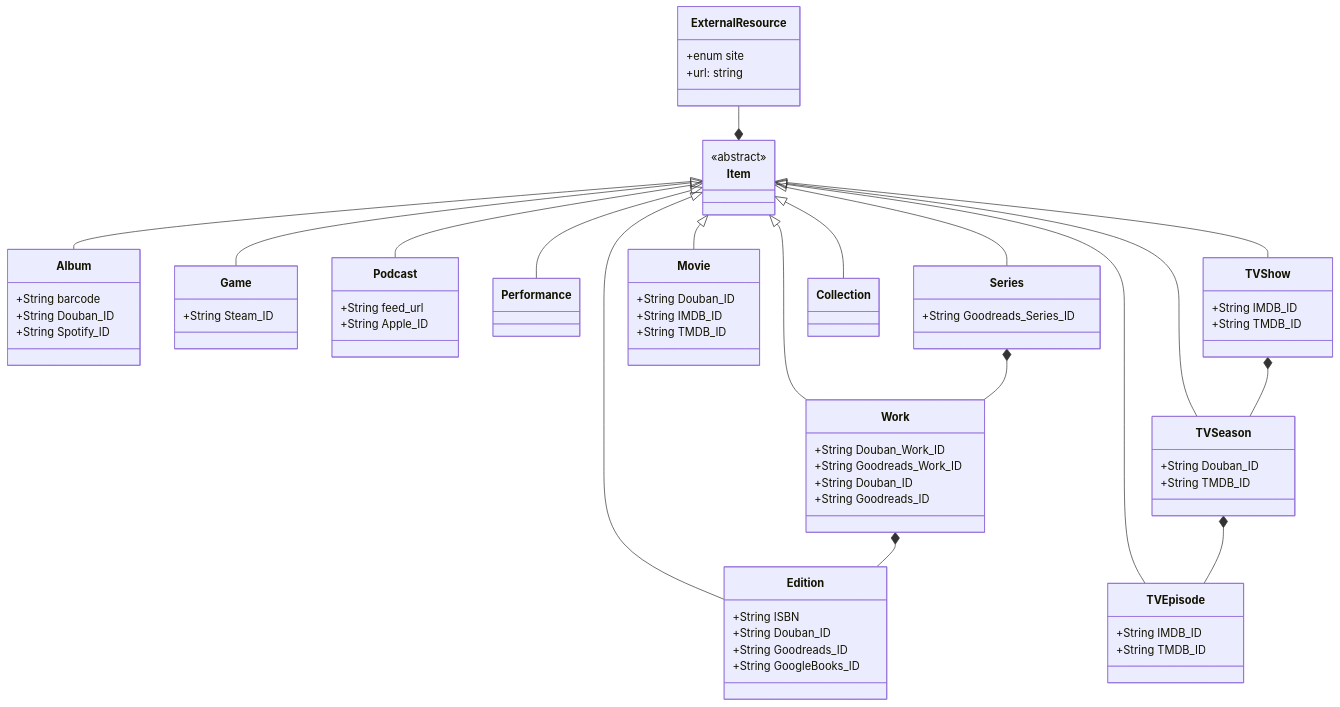
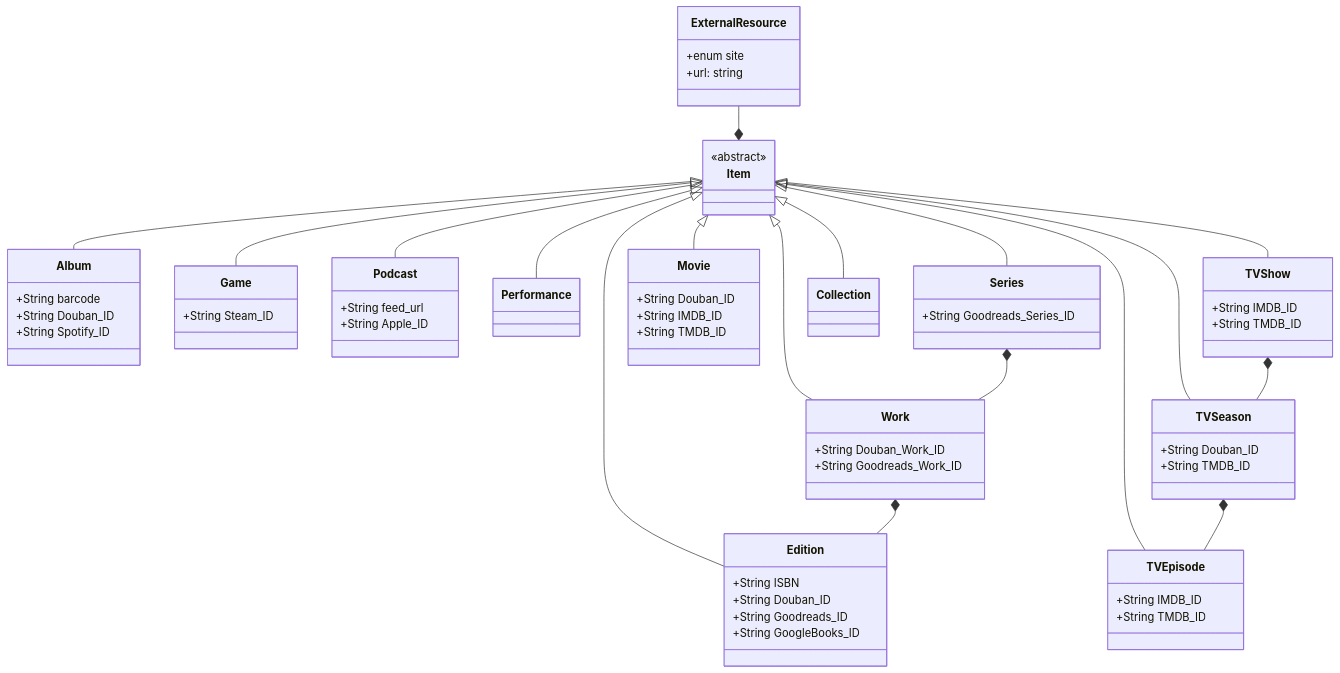
Before and after one commit to neodb-social/neodb: the diagram in docs/internals/catalog.md, drawn with Mermaid. The commit also changed other lines of this file and 17 other files, not shown here.

````diff
--- a/docs/internals/catalog.md
+++ b/docs/internals/catalog.md
@@ -10,79 +10,75 @@
 ```mermaid
 classDiagram
     class Item {
         <<abstract>>
     }
     Item <|-- Album
     class Album {
         +String barcode
         +String Douban_ID
         +String Spotify_ID
     }
     Item <|-- Game
     class Game {
         +String Steam_ID
     }
     Item <|-- Podcast
     class Podcast {
         +String feed_url
         +String Apple_ID
     }
     Item <|-- Performance
     Item <|-- Work
     class Work {
         +String Douban_Work_ID
         +String Goodreads_Work_ID
     }
     Item <|-- Edition
     Item <|-- Series
 
     Series *-- Work
     Work *-- Edition
 
     class Series {
         +String Goodreads_Series_ID
-    }
-    class Work {
-        +String Douban_ID
-        +String Goodreads_ID
     }
     class Edition{
         +String ISBN
         +String Douban_ID
         +String Goodreads_ID
         +String GoogleBooks_ID
     }
 
     Item <|-- Movie
     Item <|-- TVShow
     Item <|-- TVSeason
     Item <|-- TVEpisode
     TVShow *-- TVSeason
     TVSeason *-- TVEpisode
 
     class TVShow{
         +String IMDB_ID
         +String TMDB_ID
     }
     class TVSeason{
         +String Douban_ID
         +String TMDB_ID
     }
     class TVEpisode{
         +String IMDB_ID
         +String TMDB_ID
     }
     class Movie{
         +String Douban_ID
         +String IMDB_ID
         +String TMDB_ID
     }
 
     Item <|-- Collection
 
     ExternalResource --* Item
     class ExternalResource {
         +enum site
         +url: string
     }
 ```
````
